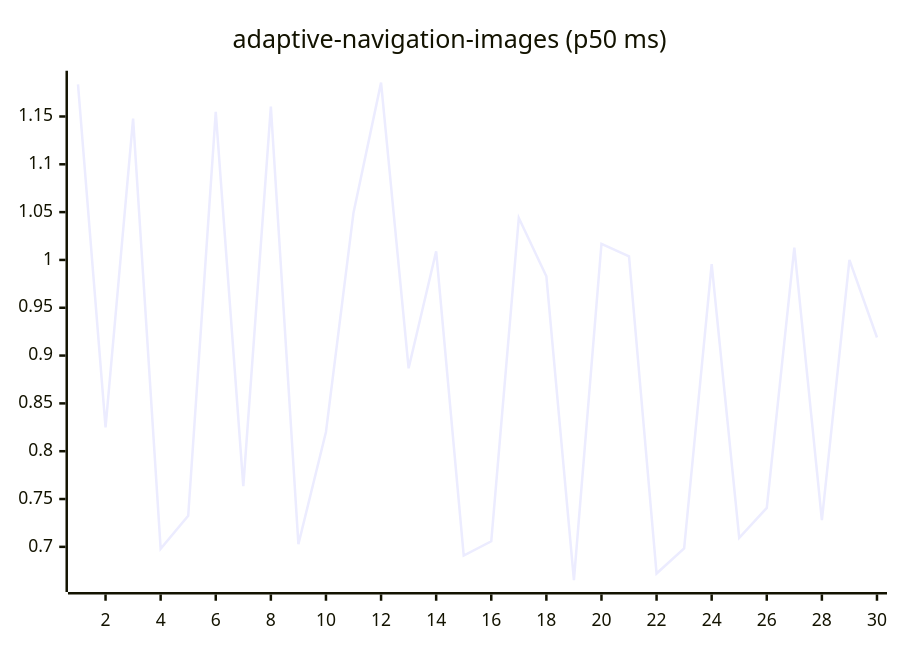
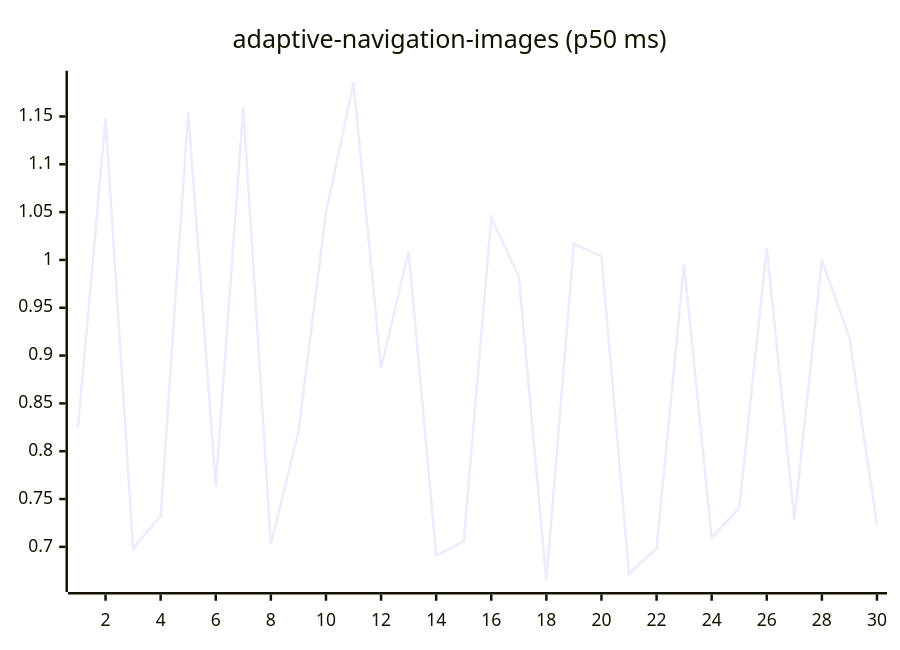
Before and after one commit to josha/Facet: the first of 27 diagrams in README.md, drawn with Mermaid. The commit also changed other lines of this file and 2 other files, not shown here.

````diff
--- a/README.md
+++ b/README.md
@@ -63,6 +63,6 @@
 ```mermaid
 xychart-beta
     title "adaptive-navigation-images (p50 ms)"
     x-axis 1 --> 30
-    line [1.1836, 0.8250, 1.1478, 0.6980, 0.7325, 1.1549, 0.7635, 1.1603, 0.7028, 0.8201, 1.0494, 1.1854, 0.8867, 1.0090, 0.6909, 0.7058, 1.0439, 0.9829, 0.6652, 1.0169, 1.0037, 0.6721, 0.6983, 0.9956, 0.7094, 0.7407, 1.0129, 0.7280, 1.0000, 0.9189]
+    line [0.8250, 1.1478, 0.6980, 0.7325, 1.1549, 0.7635, 1.1603, 0.7028, 0.8201, 1.0494, 1.1854, 0.8867, 1.0090, 0.6909, 0.7058, 1.0439, 0.9829, 0.6652, 1.0169, 1.0037, 0.6721, 0.6983, 0.9956, 0.7094, 0.7407, 1.0129, 0.7280, 1.0000, 0.9189, 0.7227]
 ```
````
